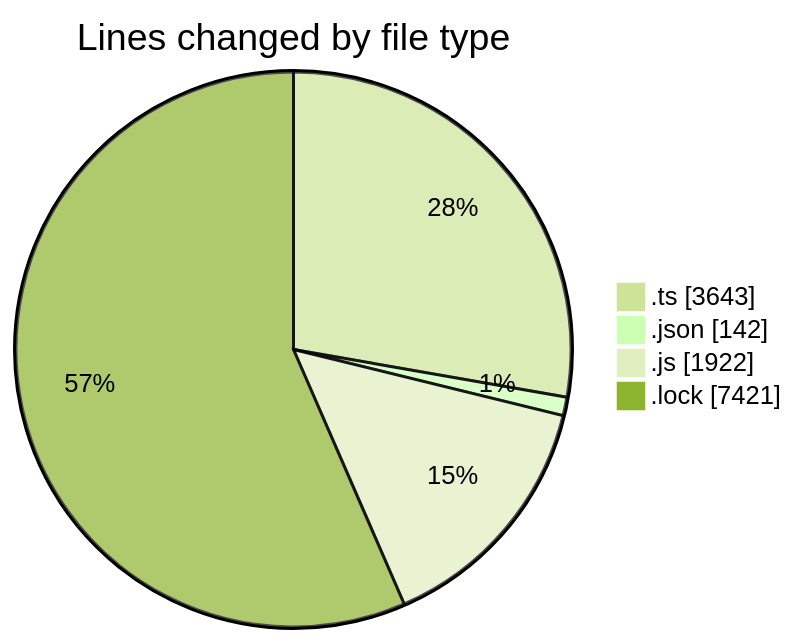
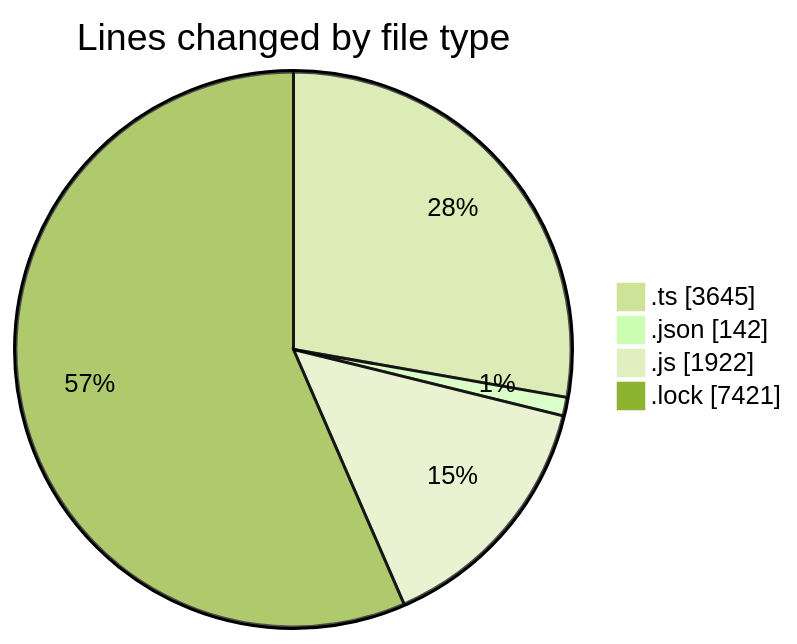
One commit to momahboobian/code-tracking changed the first of 2 diagrams in 2025-07-30/cda/README.md. Above: the diagram before and after it, drawn with Mermaid (forest theme). The commit also changed other lines of this file and 1 other file, not shown here.

````diff
--- a/2025-07-30/cda/README.md
+++ b/2025-07-30/cda/README.md
@@ -29,8 +29,8 @@
 ```mermaid
 pie showData
 title Lines changed by file type
-".ts" : 3643
+".ts" : 3645
 ".json" : 142
 ".js" : 1922
 ".lock" : 7421
 ```
````
